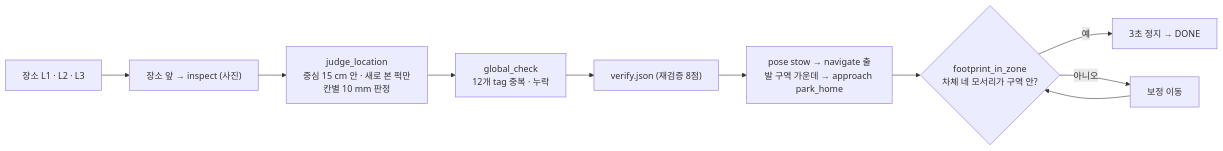
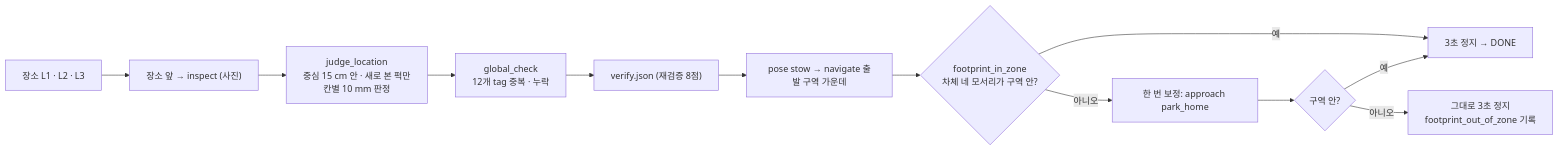
Before and after one commit to JuneKunst/JuneKunst.github.io: the seventh of 7 diagrams in bee/mission-solve.md, drawn with Mermaid. The commit also changed other lines of this file and 21 other files, not shown here.

````diff
--- a/bee/mission-solve.md
+++ b/bee/mission-solve.md
@@ -173,8 +173,10 @@
 ```mermaid
 flowchart LR
   V0["장소 L1 · L2 · L3"] --> V1["장소 앞 → inspect (사진)"] --> V2["judge_location<br/>중심 15 cm 안 · 새로 본 퍽만<br/>칸별 10 mm 판정"]
   V2 --> V3["global_check<br/>12개 tag 중복 · 누락"] --> V4["verify.json (재검증 8점)"]
-  V4 --> R1["pose stow → navigate 출발 구역 가운데 → approach park_home"] --> R2{"footprint_in_zone<br/>차체 네 모서리가 구역 안?"}
+  V4 --> R1["pose stow → navigate 출발 구역 가운데"] --> R2{"footprint_in_zone<br/>차체 네 모서리가 구역 안?"}
   R2 -->|예| R3["3초 정지 → DONE"]
-  R2 -->|아니오| R4["보정 이동"] --> R2
+  R2 -->|아니오| R4["한 번 보정: approach park_home"] --> R5{"구역 안?"}
+  R5 -->|"예"| R3
+  R5 -->|"아니오"| R6["그대로 3초 정지<br/>footprint_out_of_zone 기록"]
 ```
````
